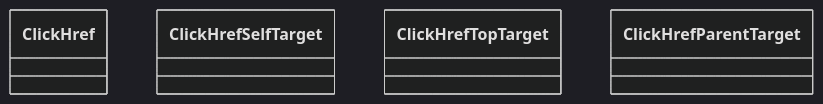
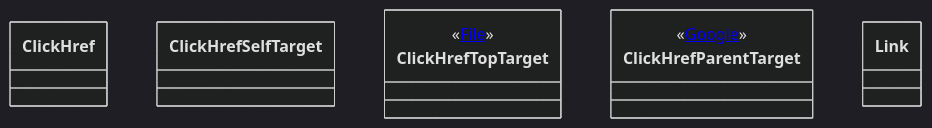
Before and after one commit to WarrenTheRabbit/pytest-onboarding: the third of 4 diagrams in markdown_practice.md, drawn with Mermaid (dark theme). The commit also changed other lines of this file, not shown here.

Commit message:
experiment: fix 'content is blocked'
An attempt to fix an issuewhere mermaid links give the error
"This content is blocked. Contact the site owner to fix the issue."
See: https://github.com/orgs/community/discussions/46096

````diff
--- a/markdown_practice.md
+++ b/markdown_practice.md
@@ -38,12 +38,20 @@
 ```mermaid
 classDiagram
 class ClickHref
 class ClickHrefSelfTarget
-class ClickHrefTopTarget
-class ClickHrefParentTarget
+class ClickHrefTopTarget {
+  <<<a href='https://github.com/WarrenTheRabbit/pytest-onboarding/blob/main/objects/File/README.md'>File</a>>
+}
+class ClickHrefParentTarget {
+  <<<a href='https://google.com'>Google</a>>
+}
+
+class Link
+
+link Link "<a href='https://github.com/WarrenTheRabbit/pytest-onboarding/blob/main/objects/File/README.md'>Google</a>"
 
 click ClickHref href "https://github.com/WarrenTheRabbit/pytest-onboarding/blob/main/objects/File/README.md" "This is a tooltip for a link"
 click ClickHrefSelfTarget href "https://github.com/WarrenTheRabbit/pytest-onboarding/blob/main/objects/File/README.md" "This is a tooltip for a link" _self
 click ClickHrefTopTarget href "https://github.com/WarrenTheRabbit/pytest-onboarding/blob/main/objects/File/README.md" "This is a tooltip for a link" _top
 click ClickHrefParentTarget href "https://github.com/WarrenTheRabbit/pytest-onboarding/blob/main/objects/File/README.md" "This is a tooltip for a link" _parent
 ```
````
